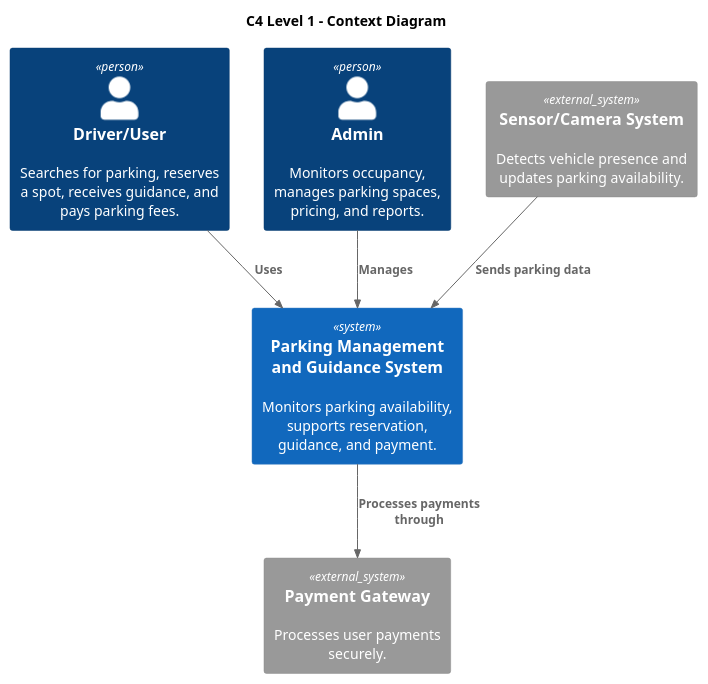
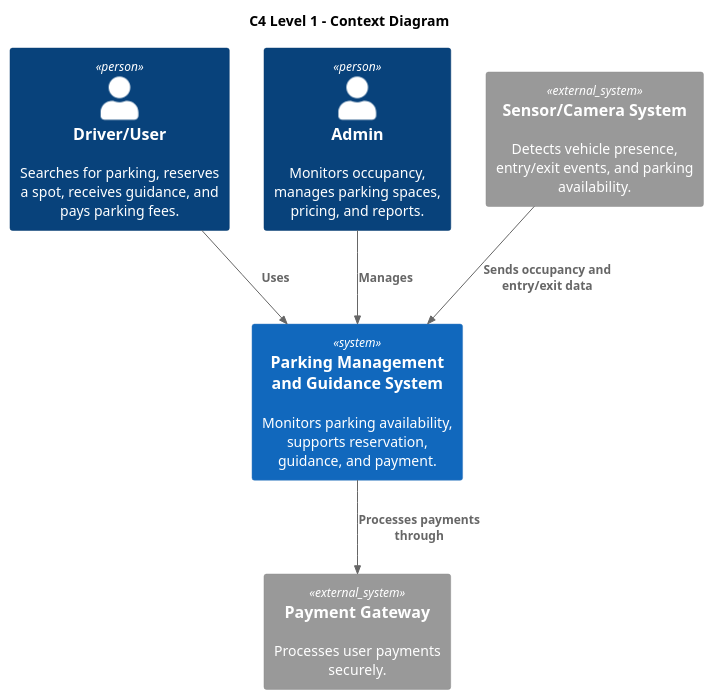
Before and after one commit to mar20210937/software-engineering: the diagram in uml/c4_context.puml, drawn with PlantUML. The commit also changed 19 other files, not shown here.

```diff
--- a/uml/c4_context.puml
+++ b/uml/c4_context.puml
@@ -1,19 +1,19 @@
-@startuml c4
+@startuml c4_context
 !include https://raw.githubusercontent.com/plantuml-stdlib/C4-PlantUML/master/C4_Context.puml
 
 title C4 Level 1 - Context Diagram
 Person(user, "Driver/User", "Searches for parking, reserves a spot, receives guidance, and pays parking fees.")
 Person(admin, "Admin", "Monitors occupancy, manages parking spaces, pricing, and reports.")
 
 System(system, "Parking Management and Guidance System", "Monitors parking availability, supports reservation, guidance, and payment.")
 
-System_Ext(sensor, "Sensor/Camera System", "Detects vehicle presence and updates parking availability.")
+System_Ext(sensor, "Sensor/Camera System", "Detects vehicle presence, entry/exit events, and parking availability.")
 System_Ext(payment, "Payment Gateway", "Processes user payments securely.")
 
 
 Rel(user, system, "Uses")
 Rel(admin, system, "Manages")
-Rel(sensor, system, "Sends parking data")
+Rel(sensor, system, "Sends occupancy and entry/exit data")
 Rel(system, payment, "Processes payments through")
 
 @enduml
```
